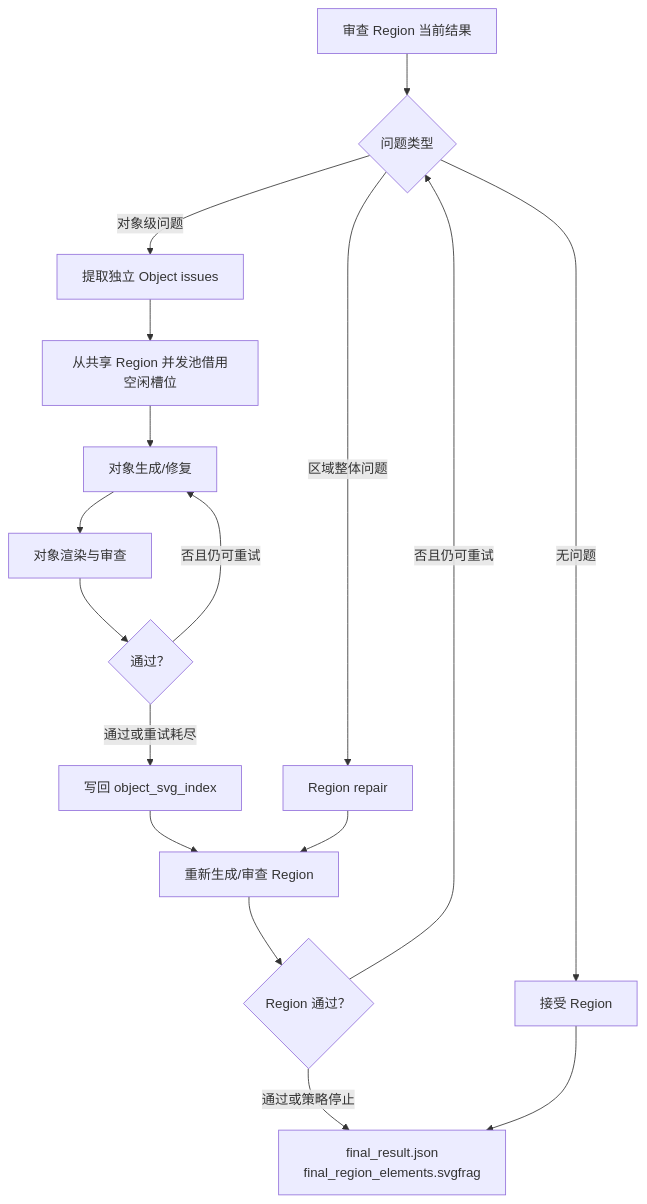
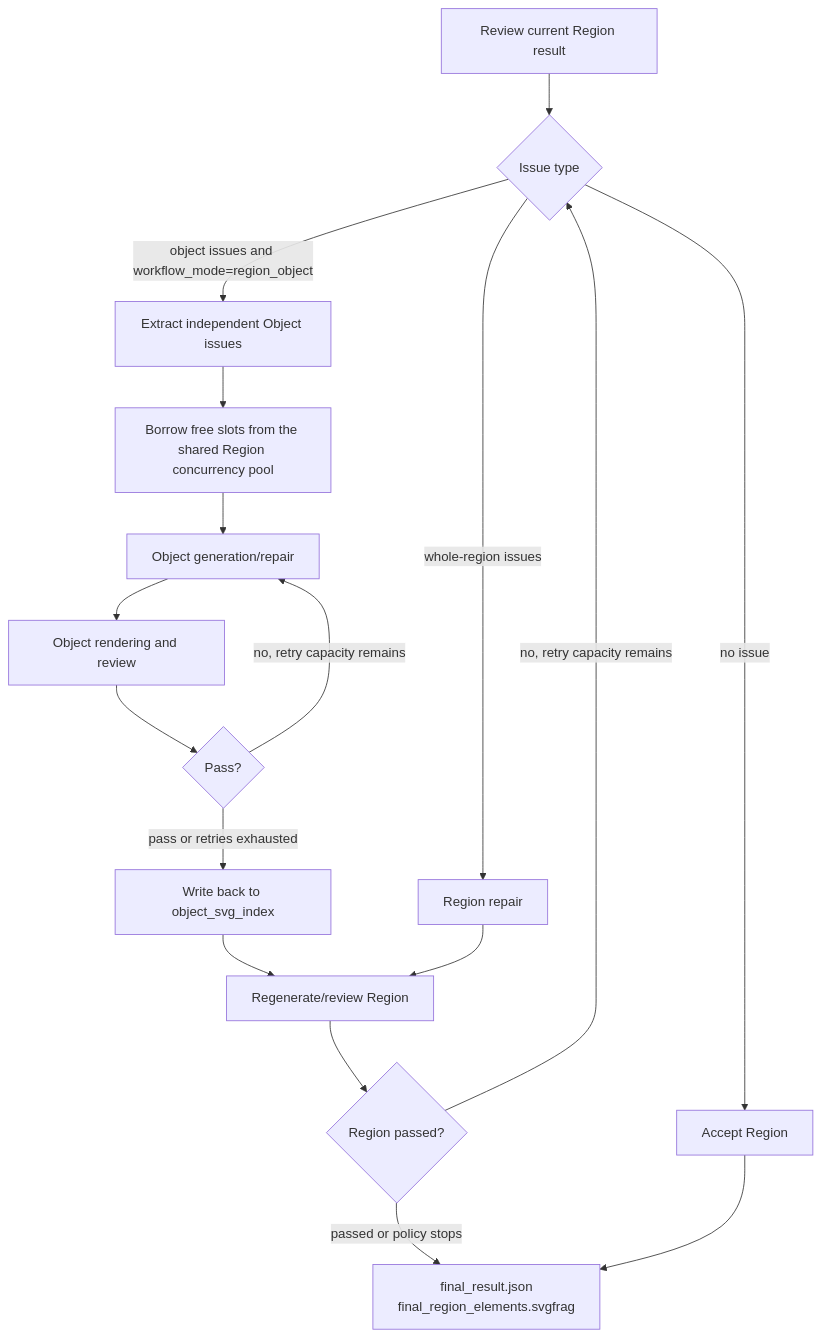
One commit to PeiXingXie/Raster2SVG-Demo changed the fourth of 6 diagrams in architecture-summary/02-conversion-workflow.md. Above: the diagram before and after it, drawn with Mermaid. The commit also changed other lines of this file and 14 other files, not shown here.

````diff
--- a/architecture-summary/02-conversion-workflow.md
+++ b/architecture-summary/02-conversion-workflow.md
@@ -106,21 +119,21 @@
 ```mermaid
 flowchart TD
-    Review["审查 Region 当前结果"] --> Decision{"问题类型"}
-    Decision -->|"无问题"| Accept["接受 Region"]
-    Decision -->|"对象级问题"| ObjectIssues["提取独立 Object issues"]
-    Decision -->|"区域整体问题"| RegionRepair["Region repair"]
+    Review["Review current Region result"] --> Decision{"Issue type"}
+    Decision -->|"no issue"| Accept["Accept Region"]
+    Decision -->|"object issues and workflow_mode=region_object"| ObjectIssues["Extract independent Object issues"]
+    Decision -->|"whole-region issues"| RegionRepair["Region repair"]
 
-    ObjectIssues --> Capacity["从共享 Region 并发池借用空闲槽位"]
-    Capacity --> ObjGen["对象生成/修复"]
-    ObjGen --> ObjReview["对象渲染与审查"]
-    ObjReview --> ObjPass{"通过？"}
-    ObjPass -->|"否且仍可重试"| ObjGen
-    ObjPass -->|"通过或重试耗尽"| MergeObject["写回 object_svg_index"]
+    ObjectIssues --> Capacity["Borrow free slots from the shared Region concurrency pool"]
+    Capacity --> ObjGen["Object generation/repair"]
+    ObjGen --> ObjReview["Object rendering and review"]
+    ObjReview --> ObjPass{"Pass?"}
+    ObjPass -->|"no, retry capacity remains"| ObjGen
+    ObjPass -->|"pass or retries exhausted"| MergeObject["Write back to object_svg_index"]
 
-    MergeObject --> RegionReview["重新生成/审查 Region"]
+    MergeObject --> RegionReview["Regenerate/review Region"]
     RegionRepair --> RegionReview
-    RegionReview --> RegionPass{"Region 通过？"}
-    RegionPass -->|"否且仍可重试"| Decision
-    RegionPass -->|"通过或策略停止"| Persist["final_result.json<br/>final_region_elements.svgfrag"]
+    RegionReview --> RegionPass{"Region passed?"}
+    RegionPass -->|"no, retry capacity remains"| Decision
+    RegionPass -->|"passed or policy stops"| Persist["final_result.json<br/>final_region_elements.svgfrag"]
     Accept --> Persist
 ```
````
